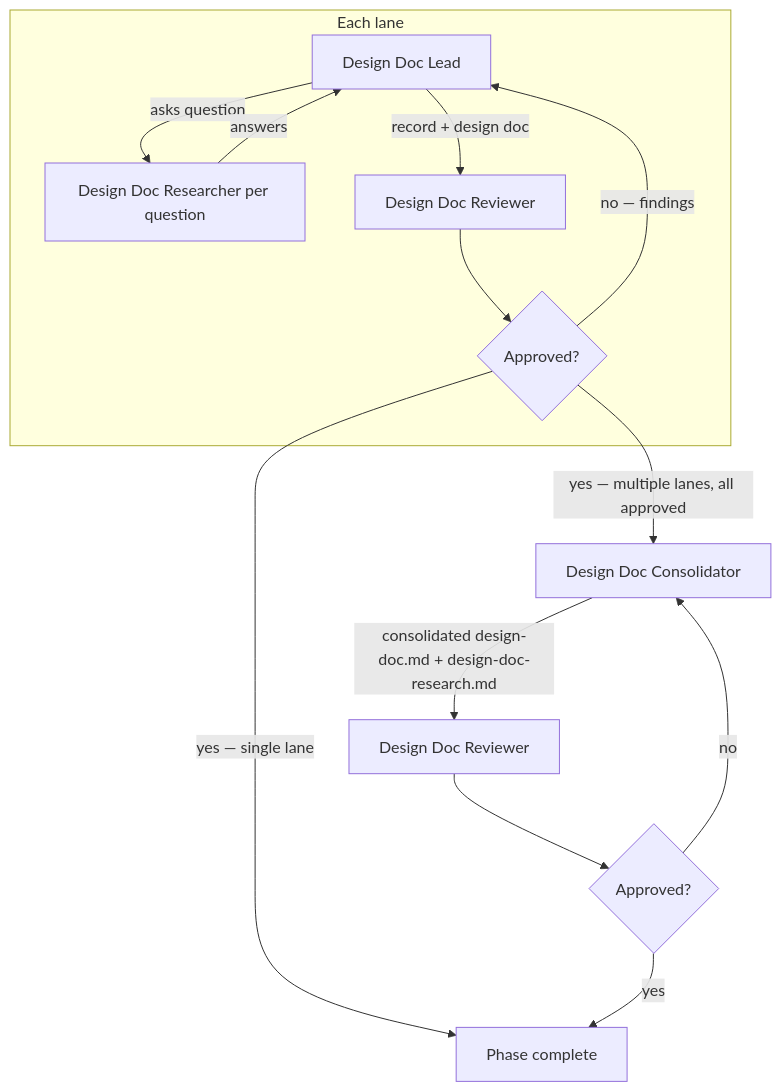
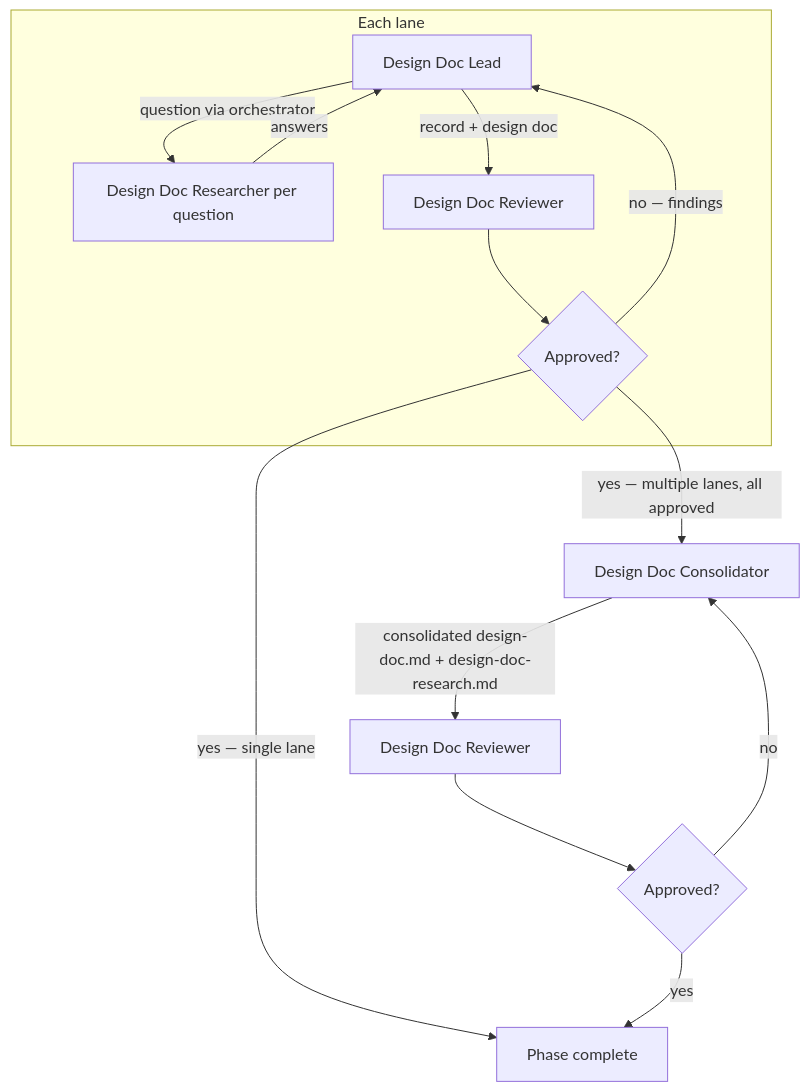
The diagram in skills/radical-pipelines/reference/autonomous-phases/2 - design-doc.md (Automattic/radical-pipelines), drawn with Mermaid before and after one commit. The commit also changed other lines of this file and 17 other files, not shown here.

Commit message:
Align wording with the fresh-instance flow and trim redundancy

````diff
--- a/skills/radical-pipelines/reference/autonomous-phases/2 - design-doc.md
+++ b/skills/radical-pipelines/reference/autonomous-phases/2 - design-doc.md
@@ -64,16 +64,16 @@
 ```mermaid
 flowchart TD
     subgraph lane [Each lane]
-        B[Design Doc Lead] -->|asks question| C[Design Doc Researcher per question]
+        B[Design Doc Lead] -->|question via orchestrator| C[Design Doc Researcher per question]
         C -->|answers| B
         B -->|record + design doc| E[Design Doc Reviewer]
         E --> F{Approved?}
         F -->|no — findings| B
     end
     F -->|"yes — single lane"| K[Phase complete]
     F -->|"yes — multiple lanes, all approved"| H[Design Doc Consolidator]
     H -->|consolidated design-doc.md + design-doc-research.md| I[Design Doc Reviewer]
     I --> J{Approved?}
     J -->|no| H
     J -->|yes| K
 ```
````
